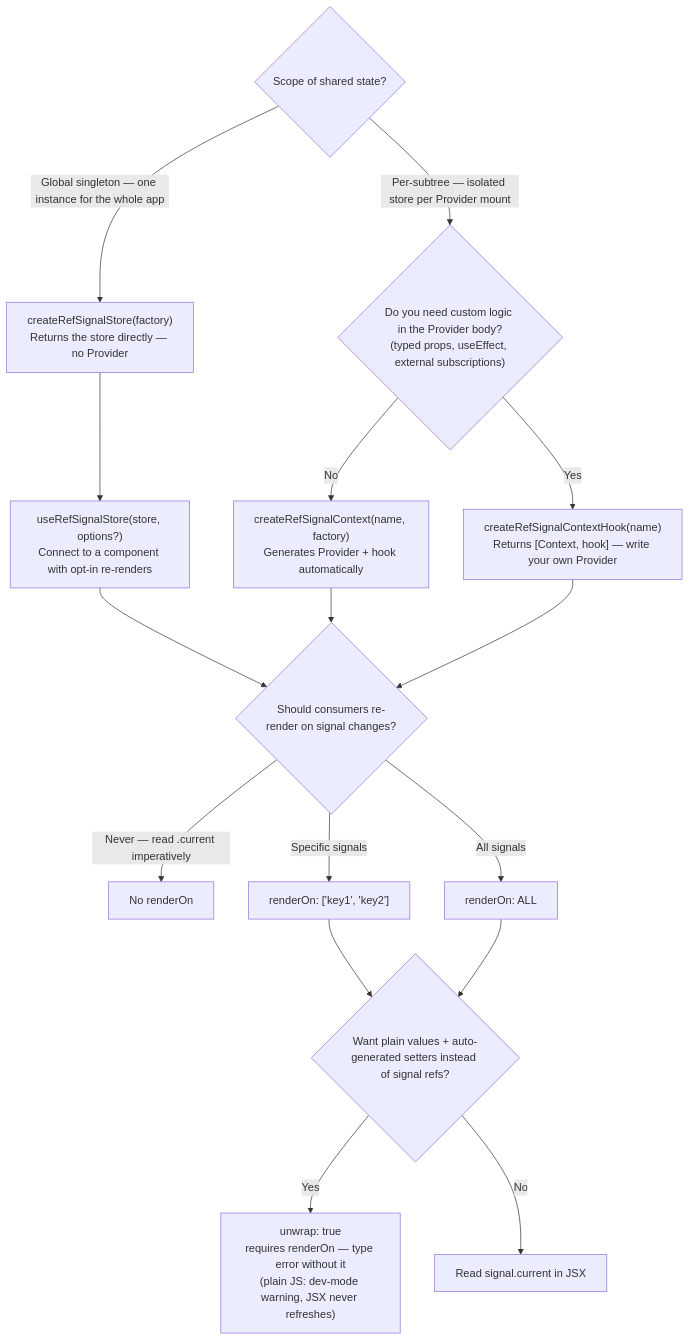
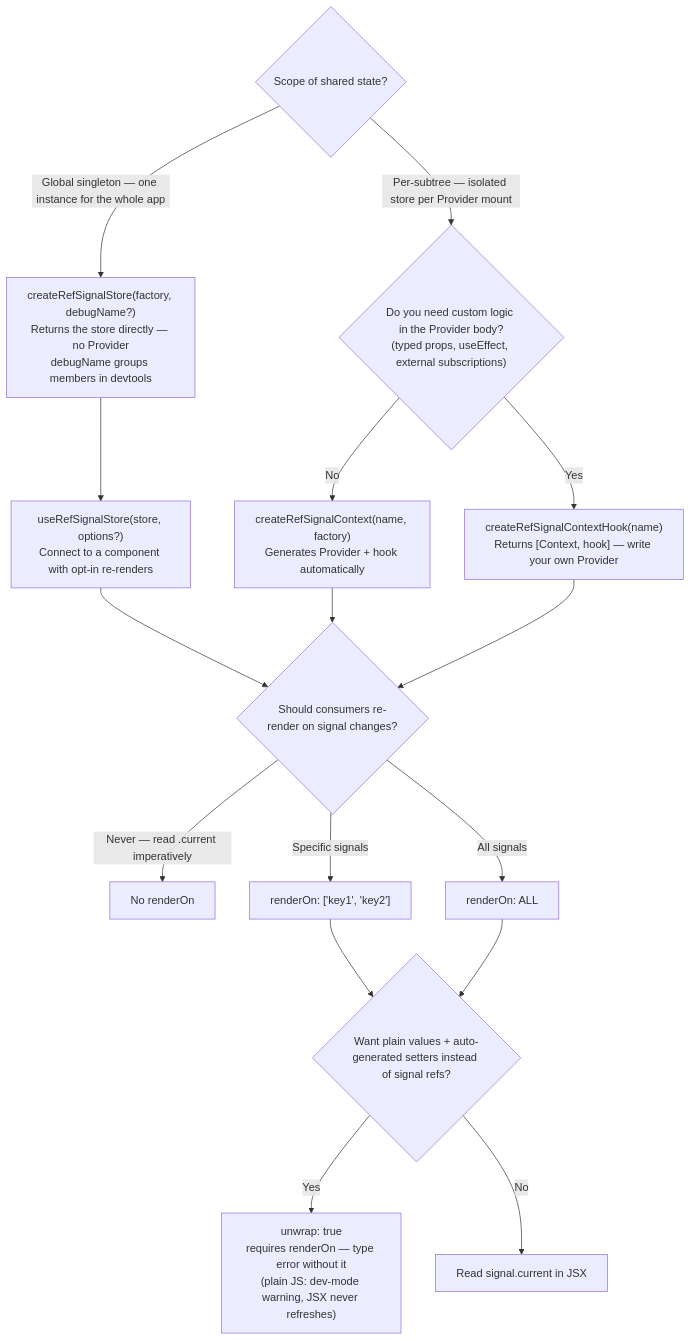
The eighth of 12 diagrams in docs/decision-tree.md (jav974/react-refsignal), drawn with Mermaid before and after one commit. The commit also changed 10 other files, not shown here.

First line of the commit message:
feat: store registration in devtools — createRefSignalStore(factory, debugName?)

````diff
--- a/docs/decision-tree.md
+++ b/docs/decision-tree.md
@@ -184,21 +184,21 @@
 ```mermaid
 flowchart TD
     Q1{"Scope of shared state?"}
-    Q1 -->|"Global singleton — one instance for the whole app"| A["createRefSignalStore(factory)\nReturns the store directly — no Provider"]
+    Q1 -->|"Global singleton — one instance for the whole app"| A["createRefSignalStore(factory, debugName?)\nReturns the store directly — no Provider\ndebugName groups members in devtools"]
     Q1 -->|"Per-subtree — isolated store per Provider mount"| Q2
 
     A --> B["useRefSignalStore(store, options?)\nConnect to a component with opt-in re-renders"]
 
     Q2{"Do you need custom logic in the Provider body?\n(typed props, useEffect, external subscriptions)"}
     Q2 -->|No| C["createRefSignalContext(name, factory)\nGenerates Provider + hook automatically"]
     Q2 -->|Yes| D["createRefSignalContextHook(name)\nReturns [Context, hook] — write your own Provider"]
 
     B & C & D --> Q3{"Should consumers re-render on signal changes?"}
     Q3 -->|"Never — read .current imperatively"| E["No renderOn"]
     Q3 -->|Specific signals| F["renderOn: ['key1', 'key2']"]
     Q3 -->|All signals| G["renderOn: ALL"]
 
     F & G --> Q4{"Want plain values + auto-generated setters instead of signal refs?"}
     Q4 -->|Yes| H["unwrap: true\nrequires renderOn — type error without it\n(plain JS: dev-mode warning, JSX never refreshes)"]
     Q4 -->|No| I["Read signal.current in JSX"]
 ```
````
